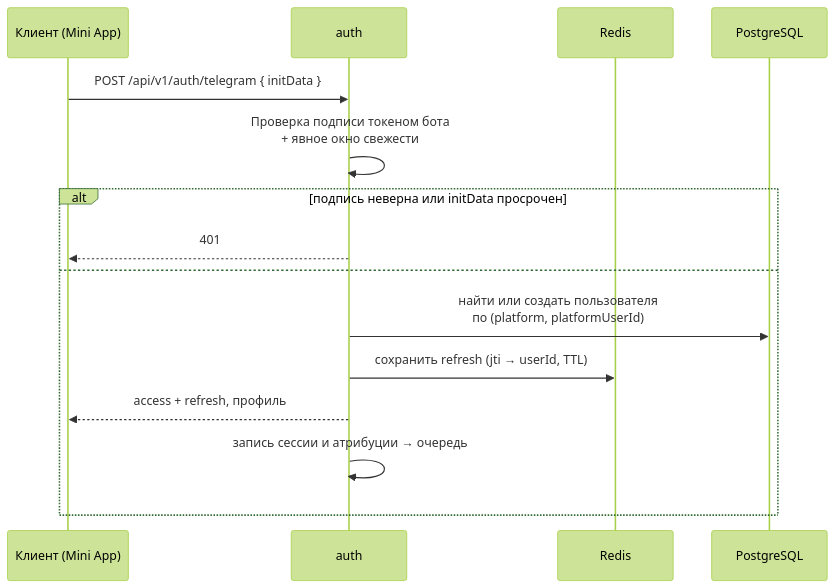
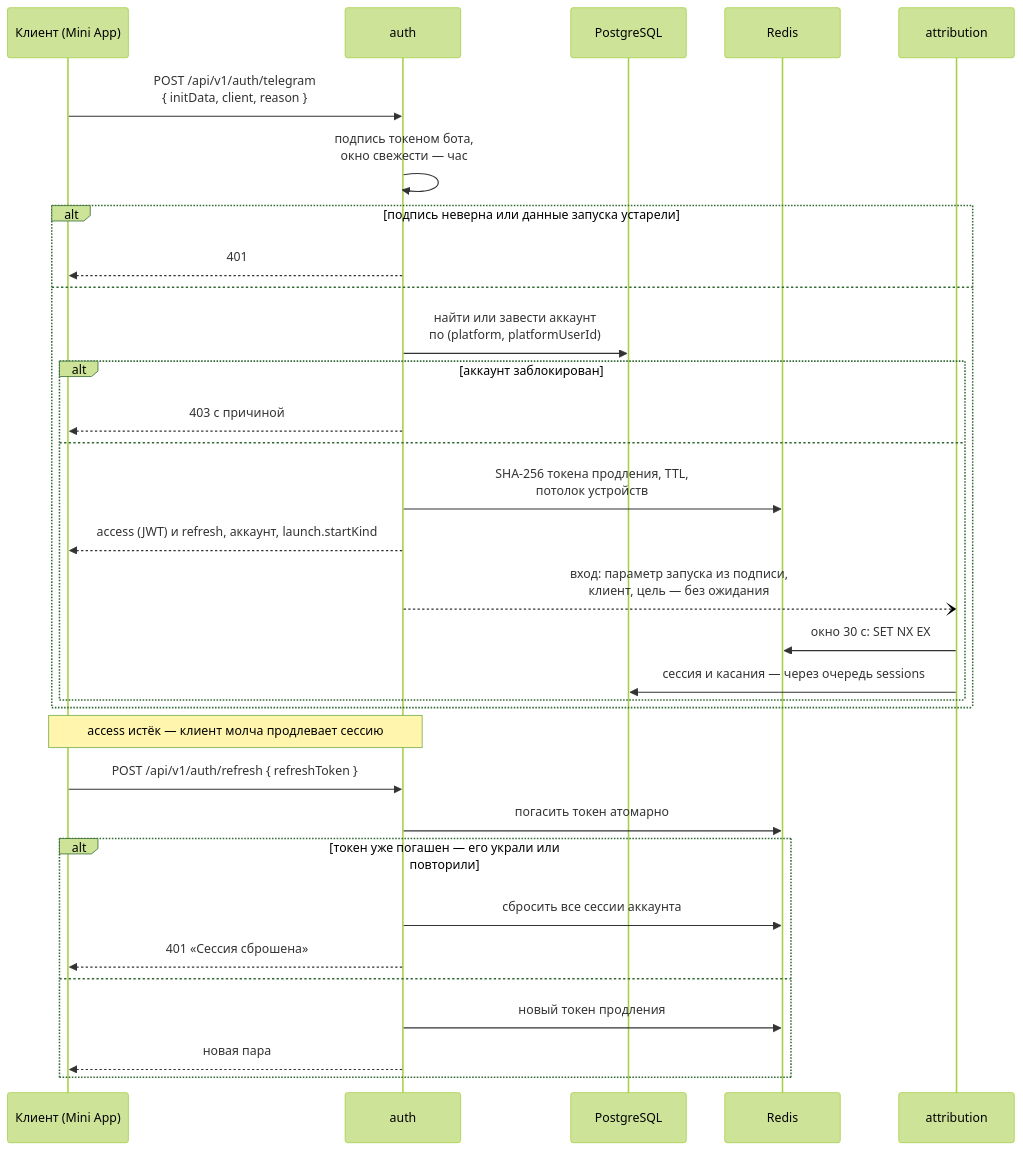
Before and after one commit to JJSGxKD/rubezh: the eighth of 22 diagrams in docs/21-diagrams.md, drawn with Mermaid (forest theme). The commit also changed other lines of this file, not shown here.

````diff
--- a/docs/21-diagrams.md
+++ b/docs/21-diagrams.md
@@ -825,18 +807,36 @@
 ```mermaid
 sequenceDiagram
     participant C as Клиент (Mini App)
     participant A as auth
+    participant DB as PostgreSQL
     participant R as Redis
-    participant DB as PostgreSQL
+    participant S as attribution
 
-    C->>A: POST /api/v1/auth/telegram { initData }
-    A->>A: Проверка подписи токеном бота<br/>+ явное окно свежести
-    alt подпись неверна или initData просрочен
+    C->>A: POST /api/v1/auth/telegram<br/>{ initData, client, reason }
+    A->>A: подпись токеном бота,<br/>окно свежести — час
+    alt подпись неверна или данные запуска устарели
         A-->>C: 401
     else
-        A->>DB: найти или создать пользователя<br/>по (platform, platformUserId)
-        A->>R: сохранить refresh (jti → userId, TTL)
-        A-->>C: access + refresh, профиль
-        A->>A: запись сессии и атрибуции → очередь
+        A->>DB: найти или завести аккаунт<br/>по (platform, platformUserId)
+        alt аккаунт заблокирован
+            A-->>C: 403 с причиной
+        else
+            A->>R: SHA-256 токена продления, TTL,<br/>потолок устройств
+            A-->>C: access (JWT) и refresh, аккаунт, launch.startKind
+            A--)S: вход: параметр запуска из подписи,<br/>клиент, цель — без ожидания
+            S->>R: окно 30 с: SET NX EX
+            S->>DB: сессия и касания — через очередь sessions
+        end
+    end
+
+    Note over C,A: access истёк — клиент молча продлевает сессию
+    C->>A: POST /api/v1/auth/refresh { refreshToken }
+    A->>R: погасить токен атомарно
+    alt токен уже погашен — его украли или повторили
+        A->>R: сбросить все сессии аккаунта
+        A-->>C: 401 «Сессия сброшена»
+    else
+        A->>R: новый токен продления
+        A-->>C: новая пара
     end
 ```
````
